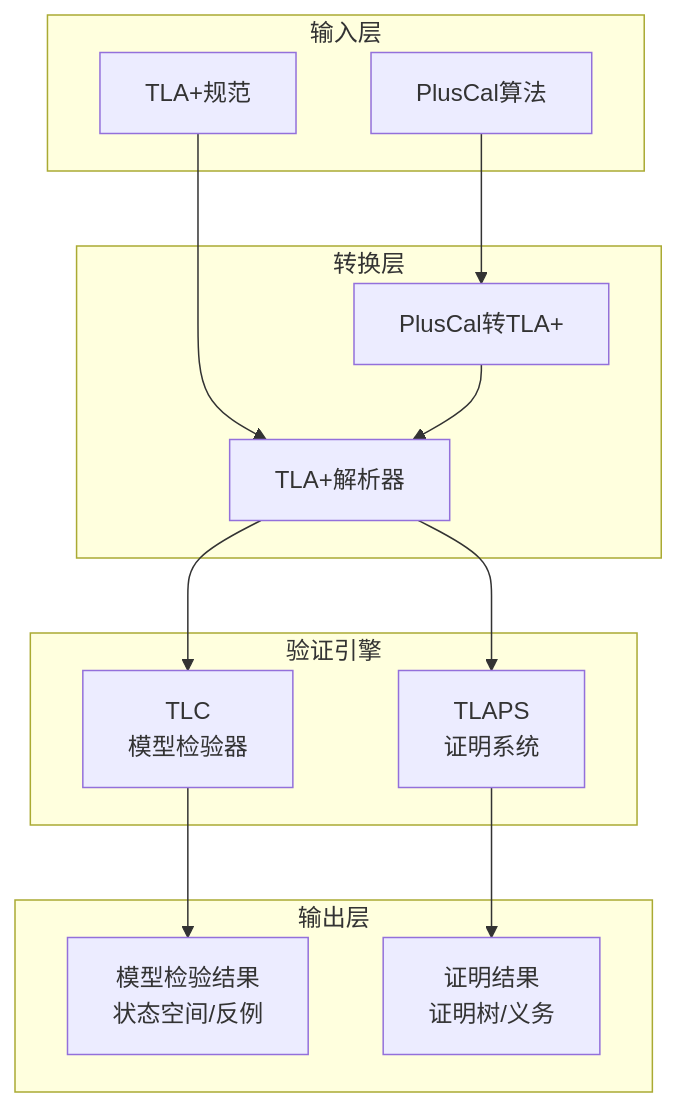
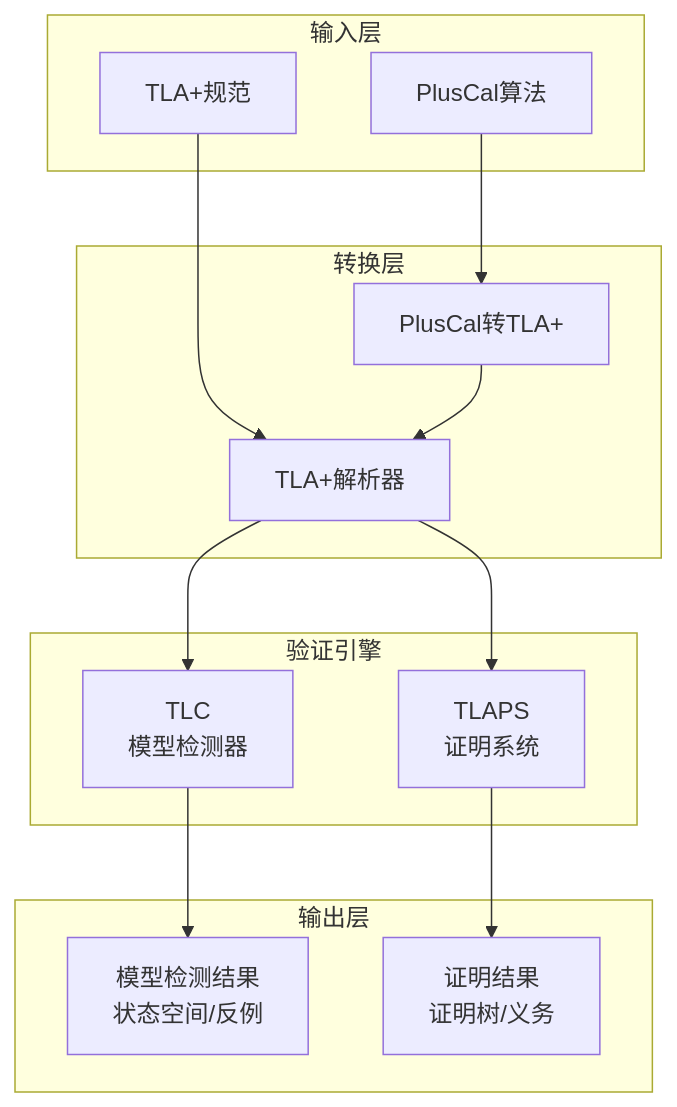
The third of 4 diagrams in formal-methods/05-verification/01-logic/01-tla-plus.md (AdaMartin18010/AnalysisDataFlow), drawn with Mermaid before and after one commit. The commit also changed other lines of this file and 129 other files, not shown here.

````diff
--- a/formal-methods/05-verification/01-logic/01-tla-plus.md
+++ b/formal-methods/05-verification/01-logic/01-tla-plus.md
@@ -261,30 +261,30 @@
 ```mermaid
 graph TB
     subgraph 输入层
         Spec[TLA+规范]
         PlusCal2[PlusCal算法]
     end
 
     subgraph 转换层
         Parser[TLA+解析器]
         PC2T[PlusCal转TLA+]
     end
 
     subgraph 验证引擎
-        TLC2[TLC<br/>模型检验器]
+        TLC2[TLC<br/>模型检测器]
         TLAPS2[TLAPS<br/>证明系统]
     end
 
     subgraph 输出层
-        MCResult[模型检验结果<br/>状态空间/反例]
+        MCResult[模型检测结果<br/>状态空间/反例]
         ProofResult[证明结果<br/>证明树/义务]
     end
 
     Spec --> Parser
     PlusCal2 --> PC2T
     PC2T --> Parser
     Parser --> TLC2
     Parser --> TLAPS2
     TLC2 --> MCResult
     TLAPS2 --> ProofResult
 ```
````
